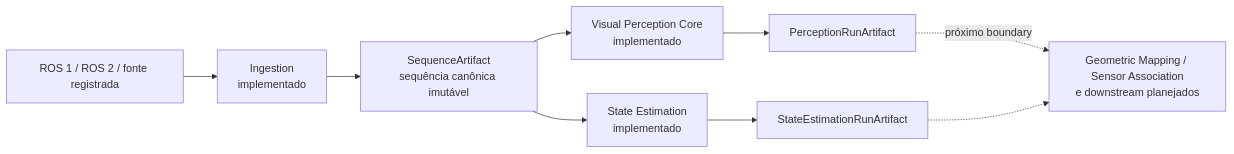
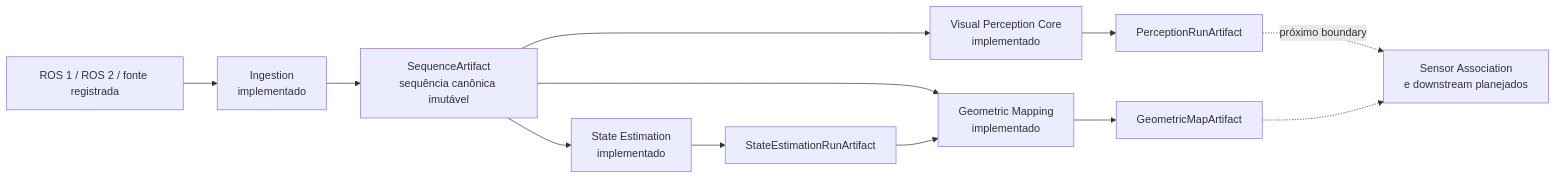
One commit to Alexandre-Tortoza/contextmap2 changed the second of 3 diagrams in docs/README.md. Above: the diagram before and after it, drawn with Mermaid. The commit also changed other lines of this file and 6 other files, not shown here.

First line of the commit message:
docs(geometric-mapping): integrate the milestone into the global documentation

````diff
--- a/docs/README.md
+++ b/docs/README.md
@@ -37,11 +37,14 @@
 ```mermaid
 flowchart LR
     RAW["ROS 1 / ROS 2 / fonte registrada"] --> ING["Ingestion<br/>implementado"]
     ING --> SEQ["SequenceArtifact<br/>sequência canônica imutável"]
     SEQ --> VP["Visual Perception Core<br/>implementado"]
     VP --> PR["PerceptionRunArtifact"]
     SEQ --> ST["State Estimation<br/>implementado"]
     ST --> TR["StateEstimationRunArtifact"]
-    PR -. próximo boundary .-> SA["Geometric Mapping / Sensor Association<br/>e downstream planejados"]
-    TR -.-> SA
+    SEQ --> GM["Geometric Mapping<br/>implementado"]
+    TR --> GM
+    GM --> MAP["GeometricMapArtifact"]
+    PR -. próximo boundary .-> SA["Sensor Association<br/>e downstream planejados"]
+    MAP -.-> SA
 ```
````
